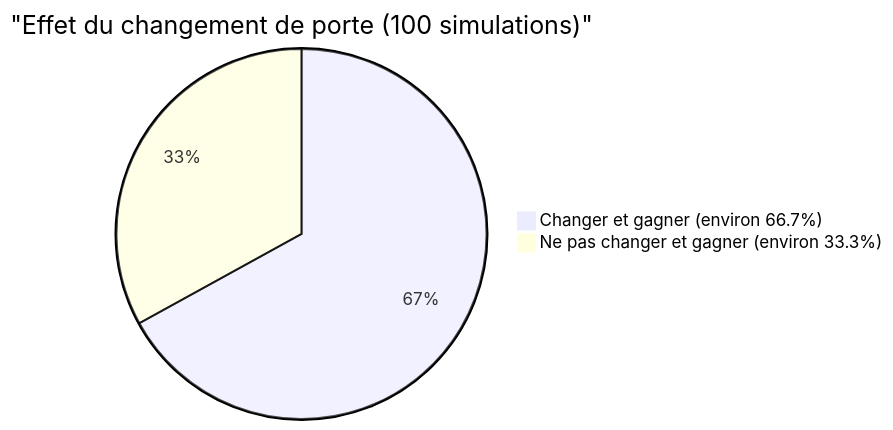
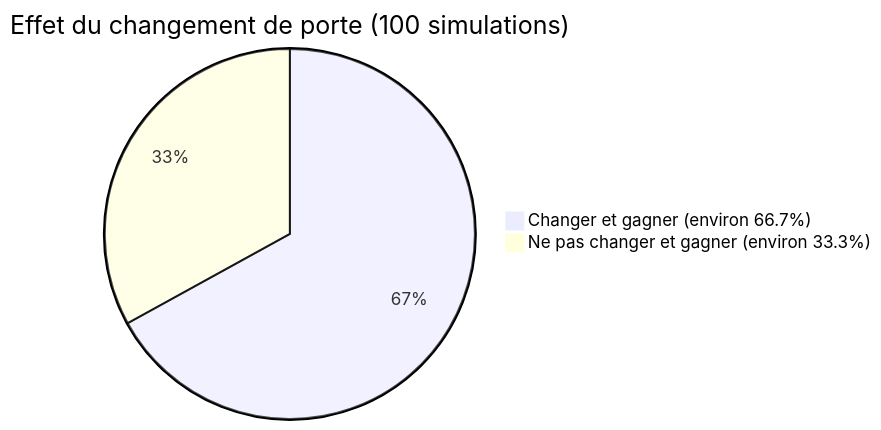
One commit to kenjinote/blog changed the second of 2 diagrams in content/post/モンティ・ホール問題/index.fr.md. Above: the diagram before and after it, drawn with Mermaid. The commit also changed other lines of this file and 703 other files, not shown here.

Commit message:
Fix: Remove quotes from Mermaid link texts and timeline definitions to support Mermaid 11.4.1

````diff
--- a/content/post/モンティ・ホール問題/index.fr.md
+++ b/content/post/モンティ・ホール問題/index.fr.md
@@ -163,5 +163,5 @@
 ```mermaid
-pie title "Effet du changement de porte (100 simulations)"
+pie title Effet du changement de porte (100 simulations)
     "Changer et gagner (environ 66.7%)" : 67
     "Ne pas changer et gagner (environ 33.3%)" : 33
 ```
````
